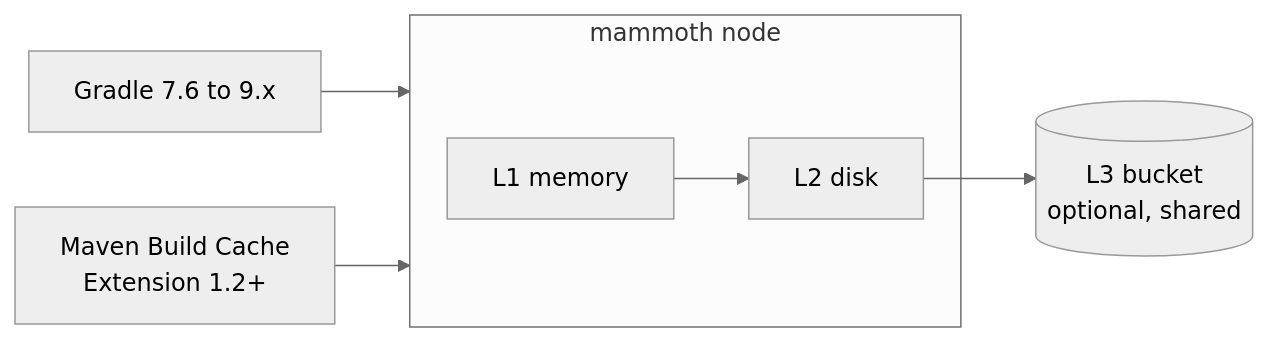
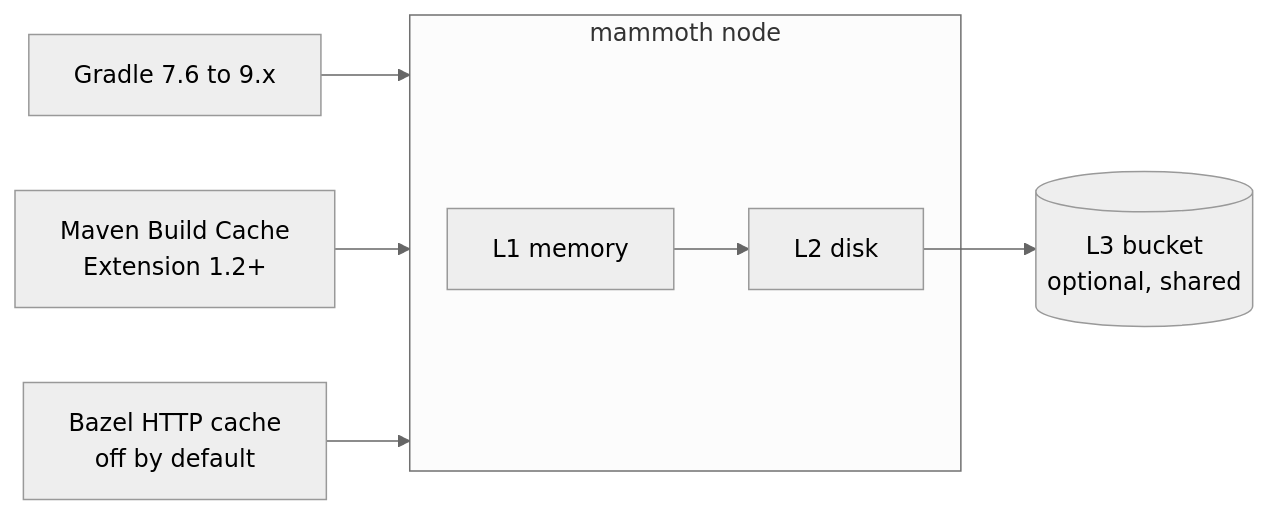
Before and after one commit to nevzheng/mammoth-cache: the diagram in docs/README.md, drawn with Mermaid (neutral theme). The commit also changed other lines of this file and 18 other files, not shown here.

````diff
--- a/docs/README.md
+++ b/docs/README.md
@@ -29,9 +41,10 @@
 ```mermaid
 flowchart LR
     gradle["Gradle 7.6 to 9.x"] --> node
     maven["Maven Build Cache<br/>Extension 1.2+"] --> node
+    bazel["Bazel HTTP cache<br/>off by default"] --> node
     subgraph node["mammoth node"]
         l1["L1 memory"] --> l2["L2 disk"]
     end
     l2 --> l3[("L3 bucket<br/>optional, shared")]
 ```
````
